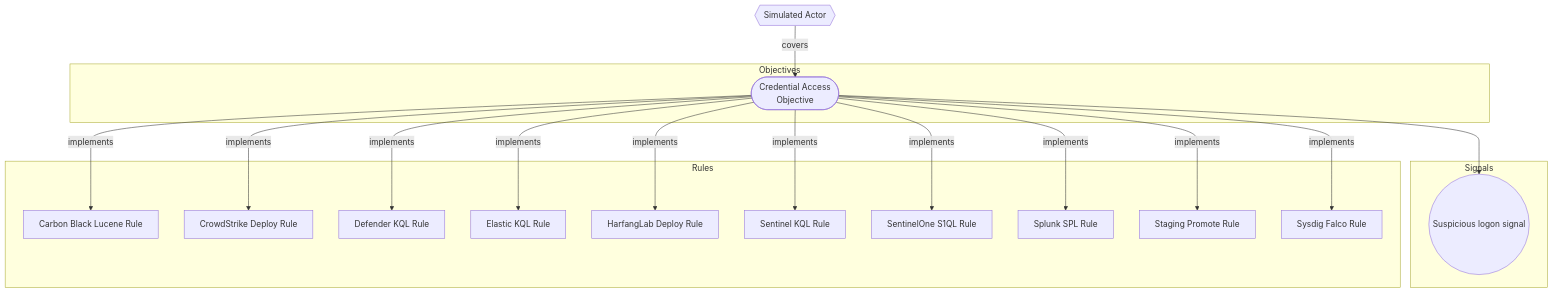
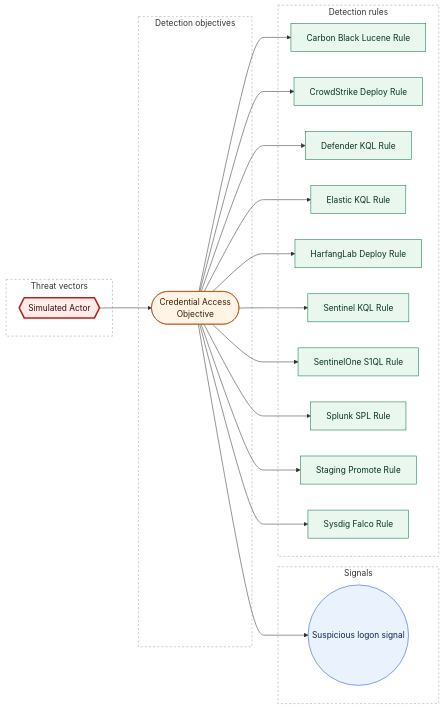
The diagram in tests/golden/cases/generate.docs.threats/human/tide-corpus-cve/cve-details/files/ws/docs/threats/simulated-actor.md (opentidehq/opentide), drawn with Mermaid before and after one commit. The commit also changed other lines of this file and 1676 other files, not shown here.

````diff
--- a/tests/golden/cases/generate.docs.threats/human/tide-corpus-cve/cve-details/files/ws/docs/threats/simulated-actor.md
+++ b/tests/golden/cases/generate.docs.threats/human/tide-corpus-cve/cve-details/files/ws/docs/threats/simulated-actor.md
@@ -55,34 +67,50 @@
 ```mermaid
-flowchart TB
-subgraph "Objectives"
-00000000_0000_4000_8002_000000000001(["Credential Access<br>Objective"])
-end
-subgraph "Signals"
-00000000_0000_4000_8099_000000000001(("Suspicious logon signal"))
-end
-subgraph "Rules"
-00000000_0000_4000_8003_000000000005["Carbon Black Lucene Rule"]
-00000000_0000_4000_8003_000000000006["CrowdStrike Deploy Rule"]
-00000000_0000_4000_8003_000000000002["Defender KQL Rule"]
-00000000_0000_4000_8003_000000000009["Elastic KQL Rule"]
-00000000_0000_4000_8003_000000000007["HarfangLab Deploy Rule"]
-00000000_0000_4000_8003_000000000001["Sentinel KQL Rule"]
-00000000_0000_4000_8003_000000000004["SentinelOne S1QL Rule"]
-00000000_0000_4000_8003_000000000003["Splunk SPL Rule"]
-00000000_0000_4000_8003_000000000008["Staging Promote Rule"]
-00000000_0000_4000_8003_0000005d1a90["Sysdig Falco Rule"]
-end
-00000000_0000_4000_8001_000000000001{{"Simulated Actor"}}
-00000000_0000_4000_8001_000000000001 -->|covers| 00000000_0000_4000_8002_000000000001
-00000000_0000_4000_8002_000000000001 --> 00000000_0000_4000_8099_000000000001
-00000000_0000_4000_8002_000000000001 -->|implements| 00000000_0000_4000_8003_000000000005
-00000000_0000_4000_8002_000000000001 -->|implements| 00000000_0000_4000_8003_000000000006
-00000000_0000_4000_8002_000000000001 -->|implements| 00000000_0000_4000_8003_000000000002
-00000000_0000_4000_8002_000000000001 -->|implements| 00000000_0000_4000_8003_000000000009
-00000000_0000_4000_8002_000000000001 -->|implements| 00000000_0000_4000_8003_000000000007
-00000000_0000_4000_8002_000000000001 -->|implements| 00000000_0000_4000_8003_000000000001
-00000000_0000_4000_8002_000000000001 -->|implements| 00000000_0000_4000_8003_000000000004
-00000000_0000_4000_8002_000000000001 -->|implements| 00000000_0000_4000_8003_000000000003
-00000000_0000_4000_8002_000000000001 -->|implements| 00000000_0000_4000_8003_000000000008
-00000000_0000_4000_8002_000000000001 -->|implements| 00000000_0000_4000_8003_0000005d1a90
+flowchart LR
+    subgraph lane1["Threat vectors"]
+        thr1{{"Simulated Actor"}}
+    end
+    subgraph lane2["Detection objectives"]
+        obj1(["Credential Access<br>Objective"])
+    end
+    subgraph lane3["Signals"]
+        sig1(("Suspicious logon signal"))
+    end
+    subgraph lane4["Detection rules"]
+        rul1["Carbon Black Lucene Rule"]
+        rul2["CrowdStrike Deploy Rule"]
+        rul3["Defender KQL Rule"]
+        rul4["Elastic KQL Rule"]
+        rul5["HarfangLab Deploy Rule"]
+        rul6["Sentinel KQL Rule"]
+        rul7["SentinelOne S1QL Rule"]
+        rul8["Splunk SPL Rule"]
+        rul9["Staging Promote Rule"]
+        rul10["Sysdig Falco Rule"]
+    end
+    thr1 --> obj1
+    obj1 --> sig1
+    obj1 --> rul1
+    obj1 --> rul2
+    obj1 --> rul3
+    obj1 --> rul4
+    obj1 --> rul5
+    obj1 --> rul6
+    obj1 --> rul7
+    obj1 --> rul8
+    obj1 --> rul9
+    obj1 --> rul10
+    classDef threat fill:#fdecea,stroke:#b42318,color:#3d0c09
+    classDef objective fill:#fff4e5,stroke:#b54708,color:#3d1d02
+    classDef signal fill:#eaf2fd,stroke:#1d4ed8,color:#0b1f4d
+    classDef rule fill:#e9f7ef,stroke:#067647,color:#053321
+    classDef focus stroke-width:3px
+    class thr1 threat
+    class obj1 objective
+    class sig1 signal
+    class rul1,rul2,rul3,rul4,rul5,rul6,rul7,rul8,rul9,rul10 rule
+    class thr1 focus
+    style lane1 fill:transparent,stroke:#98a2b3,stroke-dasharray:4 4
+    style lane2 fill:transparent,stroke:#98a2b3,stroke-dasharray:4 4
+    style lane3 fill:transparent,stroke:#98a2b3,stroke-dasharray:4 4
+    style lane4 fill:transparent,stroke:#98a2b3,stroke-dasharray:4 4
 ```
````
